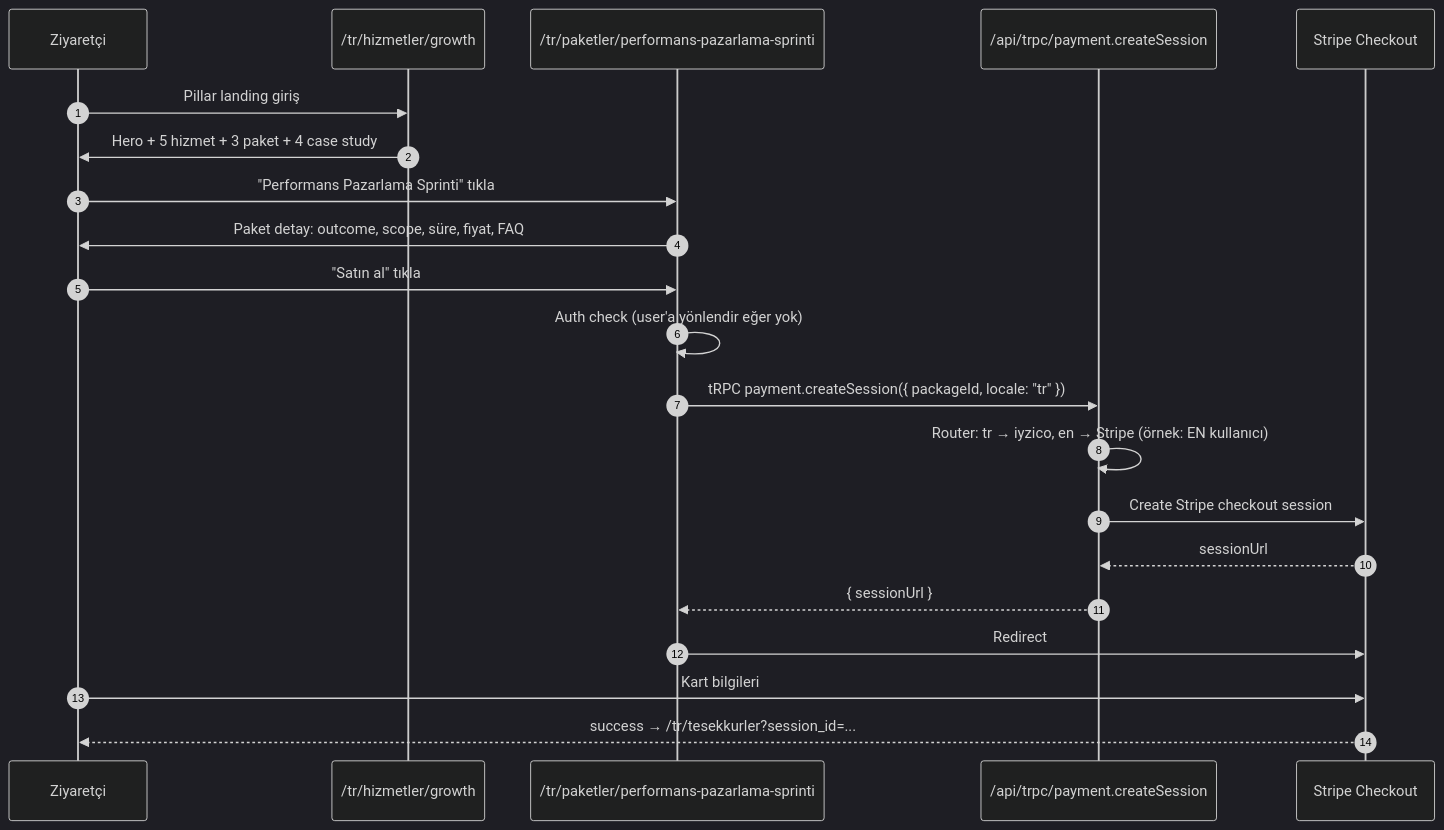
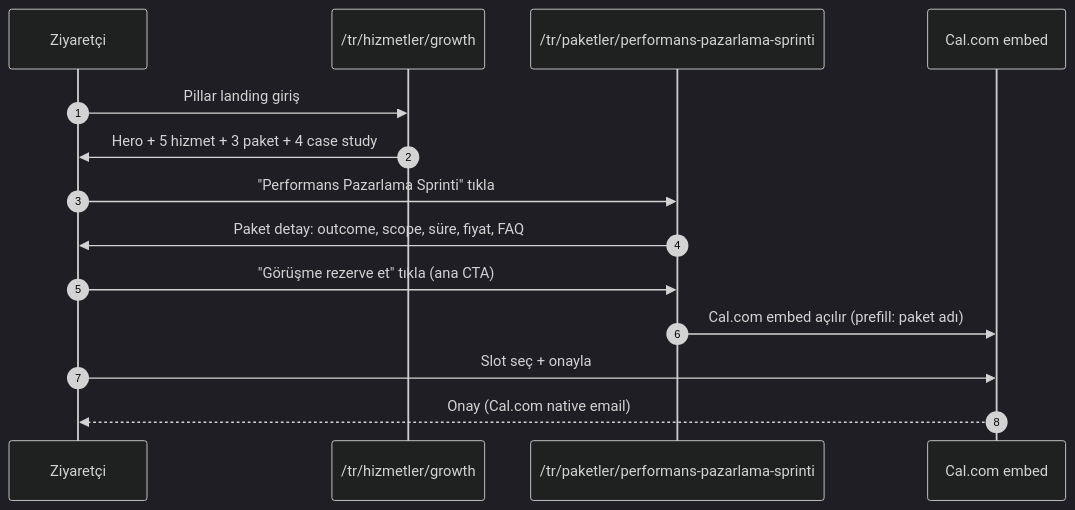
Before and after one commit to burakardaozgul/indoles_new: the third of 5 diagrams in docs/11-funnel-customer-flows.md, drawn with Mermaid (dark theme). The commit also changed other lines of this file, not shown here.

Commit message:
docs(funnel): remove auth-required booking + AI entry points

````diff
--- a/docs/11-funnel-customer-flows.md
+++ b/docs/11-funnel-customer-flows.md
@@ -187,24 +171,17 @@
 ```mermaid
 sequenceDiagram
   autonumber
   participant U as Ziyaretçi
   participant P as /tr/hizmetler/growth
   participant PK as /tr/paketler/performans-pazarlama-sprinti
-  participant A as /api/trpc/payment.createSession
-  participant S as Stripe Checkout
+  participant Cal as Cal.com embed
 
   U->>P: Pillar landing giriş
   P->>U: Hero + 5 hizmet + 3 paket + 4 case study
   U->>PK: "Performans Pazarlama Sprinti" tıkla
   PK->>U: Paket detay: outcome, scope, süre, fiyat, FAQ
-  U->>PK: "Satın al" tıkla
-  PK->>PK: Auth check (user'a yönlendir eğer yok)
-  PK->>A: tRPC payment.createSession({ packageId, locale: "tr" })
-  A->>A: Router: tr → iyzico, en → Stripe (örnek: EN kullanıcı)
-  A->>S: Create Stripe checkout session
-  S-->>A: sessionUrl
-  A-->>PK: { sessionUrl }
-  PK->>S: Redirect
-  U->>S: Kart bilgileri
-  S-->>U: success → /tr/tesekkurler?session_id=...
+  U->>PK: "Görüşme rezerve et" tıkla (ana CTA)
+  PK->>Cal: Cal.com embed açılır (prefill: paket adı)
+  U->>Cal: Slot seç + onayla
+  Cal-->>U: Onay (Cal.com native email)
 ```
````
